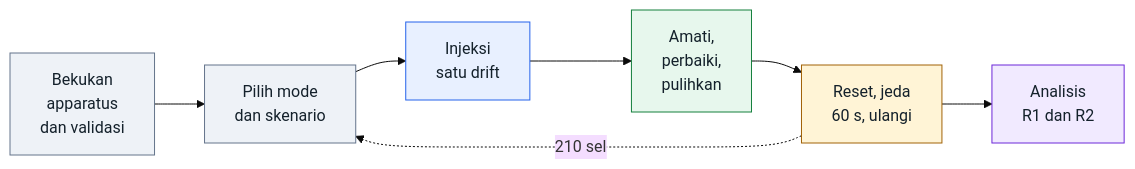
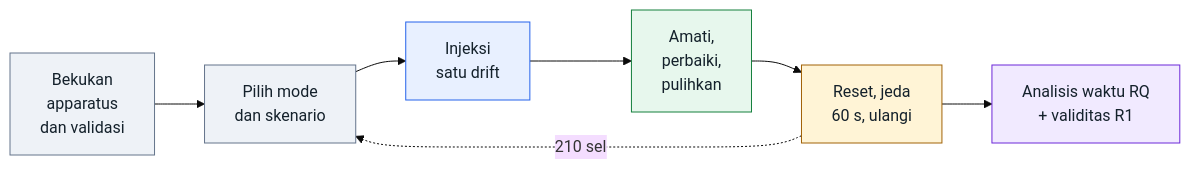
Before and after one commit to vityasyyy/skripsi: the diagram in content/skripsi/diagrams/src/fig-pipeline.mmd, drawn with Mermaid (base theme). The commit also changed 48 other files, not shown here.

```diff
--- a/content/skripsi/diagrams/src/fig-pipeline.mmd
+++ b/content/skripsi/diagrams/src/fig-pipeline.mmd
@@ -1,14 +1,14 @@
 flowchart LR
   A["Bekukan<br/>apparatus<br/>dan validasi"] --> B["Pilih mode<br/>dan skenario"] --> C["Injeksi<br/>satu drift"] --> D["Amati,<br/>perbaiki,<br/>pulihkan"] --> E["Reset, jeda<br/>60 s, ulangi"]
   E -. "210 sel" .-> B
-  E --> F["Analisis<br/>R1 dan R2"]
+  E --> F["Analisis waktu RQ<br/>+ validitas R1"]
   classDef prep fill:#eef2f7,stroke:#64748b,color:#14212b;
   classDef obs fill:#e8f0ff,stroke:#2563eb,color:#14212b;
   classDef fix fill:#e7f7ed,stroke:#15803d,color:#14212b;
   classDef reset fill:#fff4d6,stroke:#a16207,color:#14212b;
   classDef analysis fill:#f1eaff,stroke:#6d28d9,color:#14212b;
   class A,B prep;
   class C obs;
   class D fix;
   class E reset;
   class F analysis;
```
